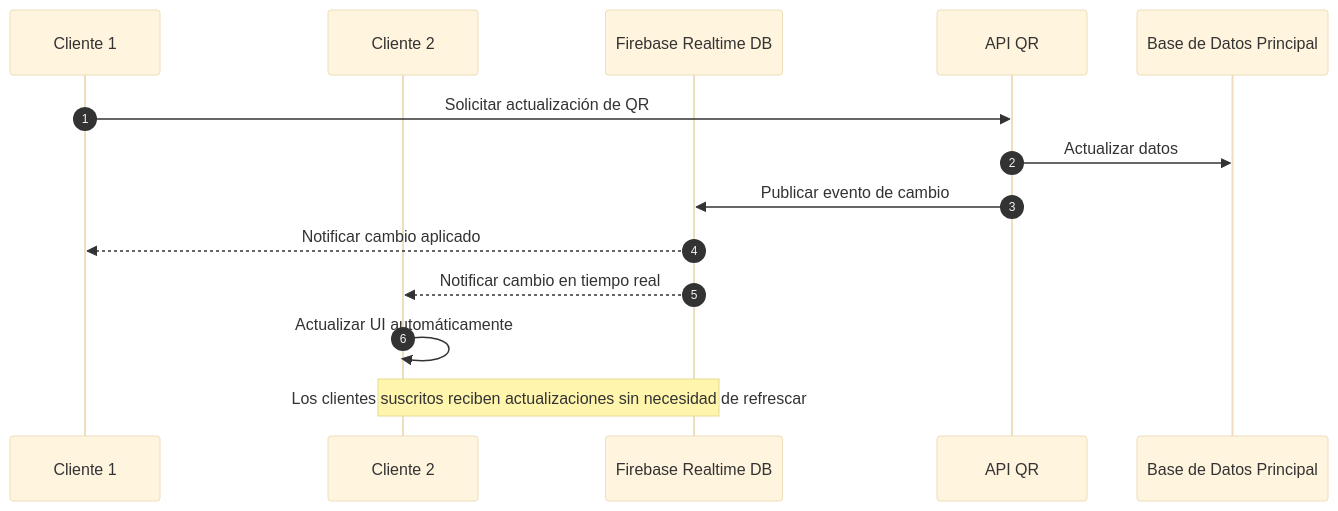
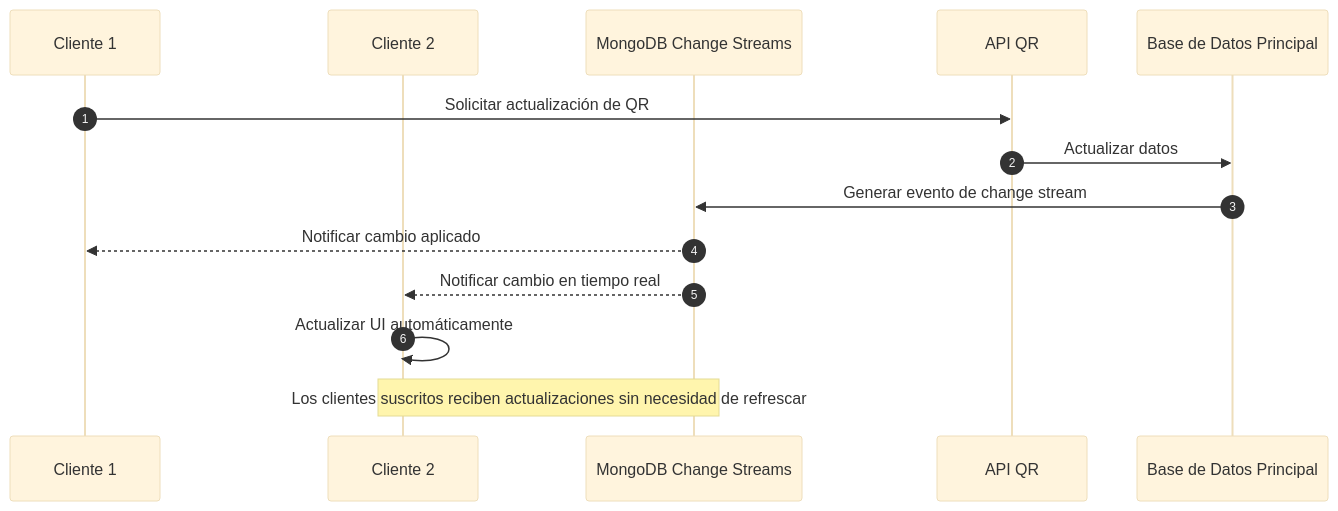
Before and after one commit to Pesgard/QR-Coats-docs: the fifth of 5 diagrams in docs/architecture/data-flow/index.md, drawn with Mermaid (base theme). The commit also changed other lines of this file and 26 other files, not shown here.

````diff
--- a/docs/architecture/data-flow/index.md
+++ b/docs/architecture/data-flow/index.md
@@ -178,18 +143,18 @@
 ```mermaid
 sequenceDiagram
     autonumber
     participant Cliente1 as Cliente 1
     participant Cliente2 as Cliente 2
-    participant Firebase as Firebase Realtime DB
+    participant MongoDB as MongoDB Change Streams
     participant QR as API QR
     participant DB as Base de Datos Principal
     
     Cliente1->>QR: Solicitar actualización de QR
     QR->>DB: Actualizar datos
-    QR->>Firebase: Publicar evento de cambio
-    Firebase-->>Cliente1: Notificar cambio aplicado
-    Firebase-->>Cliente2: Notificar cambio en tiempo real
+    DB->>MongoDB: Generar evento de change stream
+    MongoDB-->>Cliente1: Notificar cambio aplicado
+    MongoDB-->>Cliente2: Notificar cambio en tiempo real
     Cliente2->>Cliente2: Actualizar UI automáticamente
     
-    Note over Firebase,Cliente2: Los clientes suscritos reciben actualizaciones sin necesidad de refrescar
+    Note over MongoDB,Cliente2: Los clientes suscritos reciben actualizaciones sin necesidad de refrescar
 ```
````
